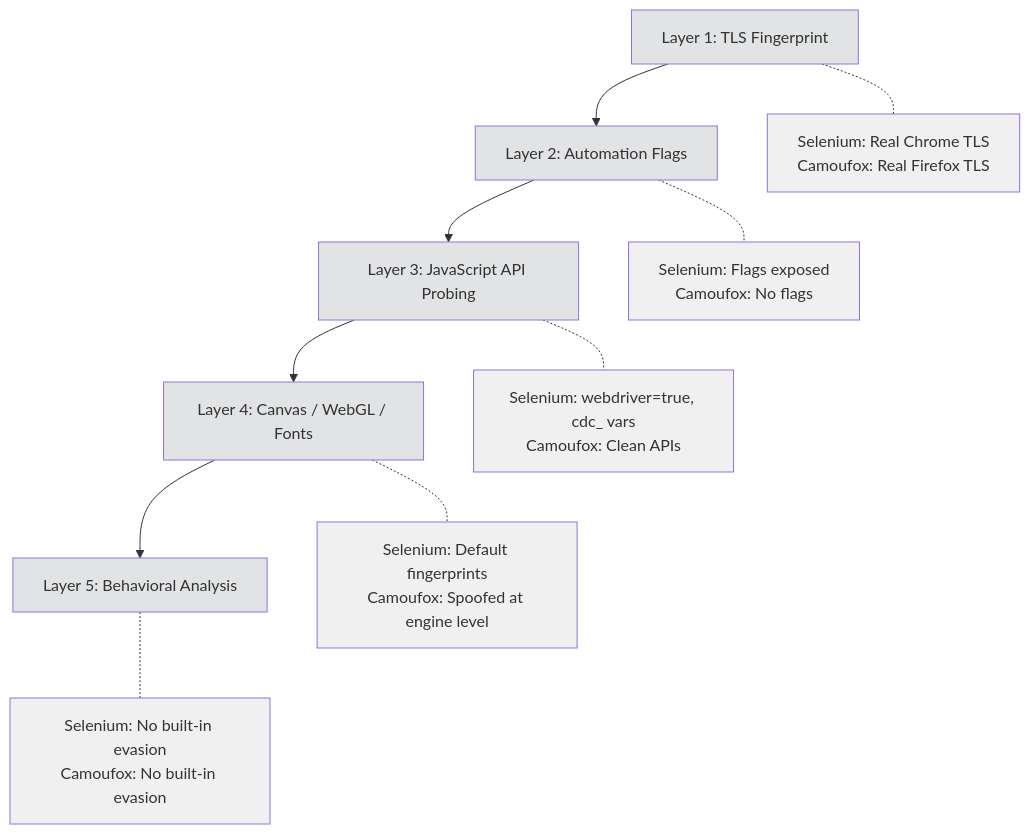
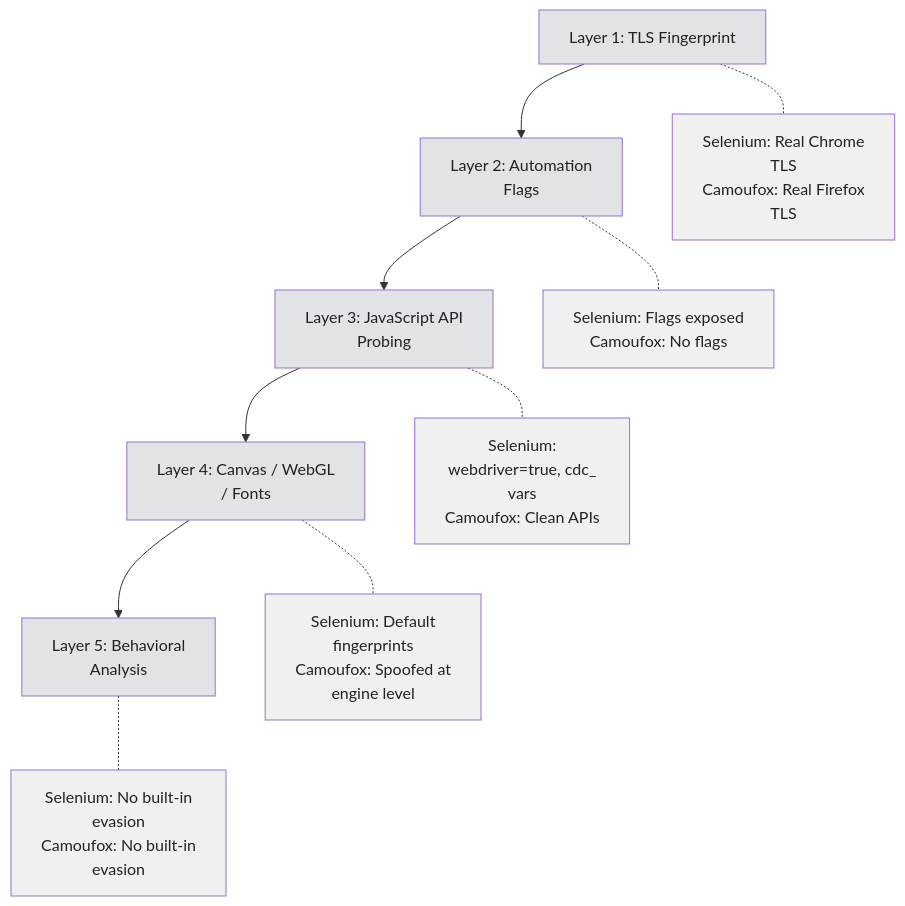
The third of 5 diagrams in _posts/2026-02-14-camoufox-vs-selenium-anti-detection-approaches-compared.md (bytetunnels/bytetunnels.github.com), drawn with Mermaid before and after one commit. The commit also changed other lines of this file and 118 other files, not shown here.

Commit message:
feat: improve diagram styling and compact wide flowcharts

````diff
--- a/_posts/2026-02-14-camoufox-vs-selenium-anti-detection-approaches-compared.md
+++ b/_posts/2026-02-14-camoufox-vs-selenium-anti-detection-approaches-compared.md
@@ -100,24 +100,24 @@
 ```mermaid
 graph TD
-    L1["Layer 1: TLS Fingerprint"] --> L2["Layer 2: Automation Flags"]
-    L2 --> L3["Layer 3: JavaScript API Probing"]
-    L3 --> L4["Layer 4: Canvas / WebGL / Fonts"]
-    L4 --> L5["Layer 5: Behavioral Analysis"]
+    L1["Layer 1: TLS Fingerprint"] --> L2["Layer 2: Automation<br/>Flags"]
+    L2 --> L3["Layer 3: JavaScript API<br/>Probing"]
+    L3 --> L4["Layer 4: Canvas / WebGL<br/>/ Fonts"]
+    L4 --> L5["Layer 5: Behavioral<br/>Analysis"]
 
-    L1 -.- S1["Selenium: Real Chrome TLS<br>Camoufox: Real Firefox TLS"]
-    L2 -.- S2["Selenium: Flags exposed<br>Camoufox: No flags"]
-    L3 -.- S3["Selenium: webdriver=true, cdc_ vars<br>Camoufox: Clean APIs"]
-    L4 -.- S4["Selenium: Default fingerprints<br>Camoufox: Spoofed at engine level"]
-    L5 -.- S5["Selenium: No built-in evasion<br>Camoufox: No built-in evasion"]
+    L1 -.- S1["Selenium: Real Chrome<br/>TLS<br/>Camoufox: Real Firefox<br/>TLS"]
+    L2 -.- S2["Selenium: Flags exposed<br/>Camoufox: No flags"]
+    L3 -.- S3["Selenium:<br/>webdriver=true, cdc_<br/>vars<br/>Camoufox: Clean APIs"]
+    L4 -.- S4["Selenium: Default<br/>fingerprints<br/>Camoufox: Spoofed at<br/>engine level"]
+    L5 -.- S5["Selenium: No built-in<br/>evasion<br/>Camoufox: No built-in<br/>evasion"]
 
-    style L1 fill:#e2e3e5
-    style L2 fill:#e2e3e5
-    style L3 fill:#e2e3e5
-    style L4 fill:#e2e3e5
-    style L5 fill:#e2e3e5
-    style S1 fill:#f0f0f0
-    style S2 fill:#f0f0f0
-    style S3 fill:#f0f0f0
-    style S4 fill:#f0f0f0
-    style S5 fill:#f0f0f0
+    style L1 fill:#e2e3e5,color:#1f2328
+    style L2 fill:#e2e3e5,color:#1f2328
+    style L3 fill:#e2e3e5,color:#1f2328
+    style L4 fill:#e2e3e5,color:#1f2328
+    style L5 fill:#e2e3e5,color:#1f2328
+    style S1 fill:#f0f0f0,color:#1f2328
+    style S2 fill:#f0f0f0,color:#1f2328
+    style S3 fill:#f0f0f0,color:#1f2328
+    style S4 fill:#f0f0f0,color:#1f2328
+    style S5 fill:#f0f0f0,color:#1f2328
 ```
````
